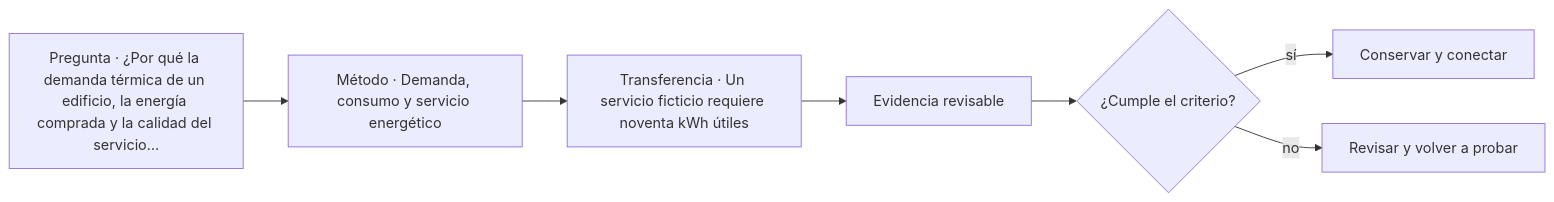
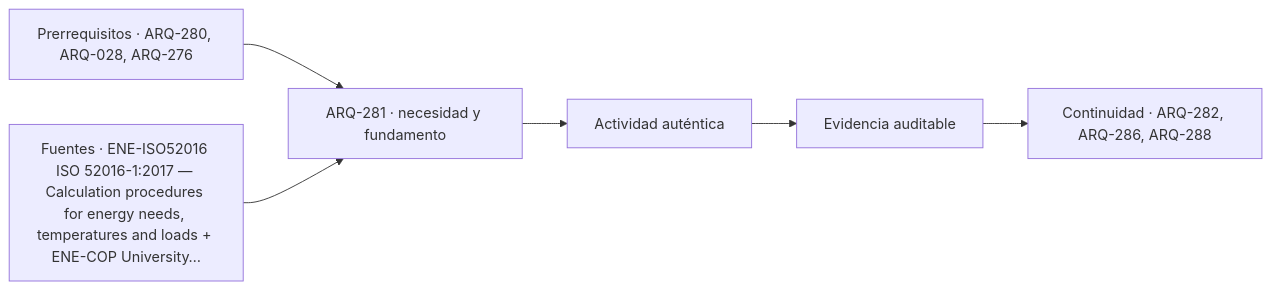
One commit to vladimiracunadev-create/architecture-built-environment-learning-program changed the diagram in classes/parte-29/ARQ-281.md. Above: the diagram before and after it, drawn with Mermaid. The commit also changed other lines of this file and 761 other files, not shown here.

````diff
--- a/classes/parte-29/ARQ-281.md
+++ b/classes/parte-29/ARQ-281.md
@@ -113,9 +125,8 @@
 ```mermaid
 flowchart LR
-    Q["Pregunta · ¿Por qué la demanda térmica de un edificio, la energía comprada y la calidad del servicio…"] --> M["Método · Demanda, consumo y servicio energético"]
-    M --> P["Transferencia · Un servicio ficticio requiere noventa kWh útiles"]
-    P --> E["Evidencia revisable"]
-    E --> C{"¿Cumple el criterio?"}
-    C -->|sí| T["Conservar y conectar"]
-    C -->|no| R["Revisar y volver a probar"]
+    A["Prerrequisitos · ARQ-280, ARQ-028, ARQ-276"] --> B["ARQ-281 · necesidad y fundamento"]
+    S["Fuentes · ENE-ISO52016 ISO 52016-1:2017 — Calculation procedures for energy needs, temperatures and loads + ENE-COP University…"] --> B
+    B --> C["Actividad auténtica"]
+    C --> D["Evidencia auditable"]
+    D --> E["Continuidad · ARQ-282, ARQ-286, ARQ-288"]
 ```
````
